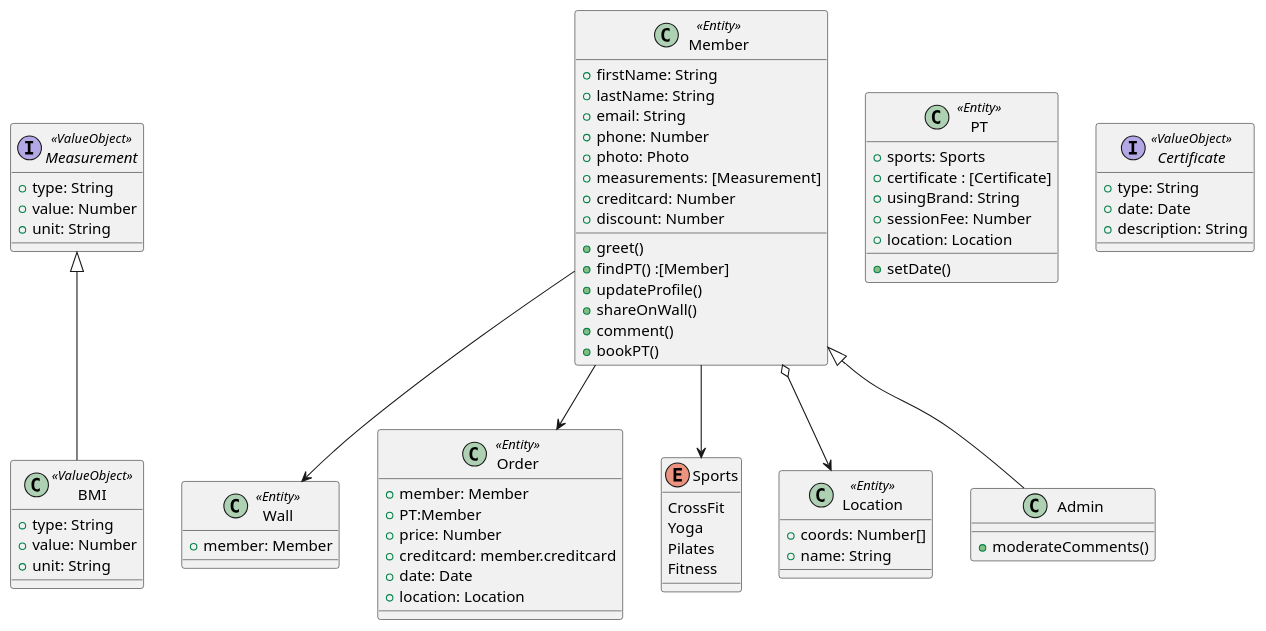
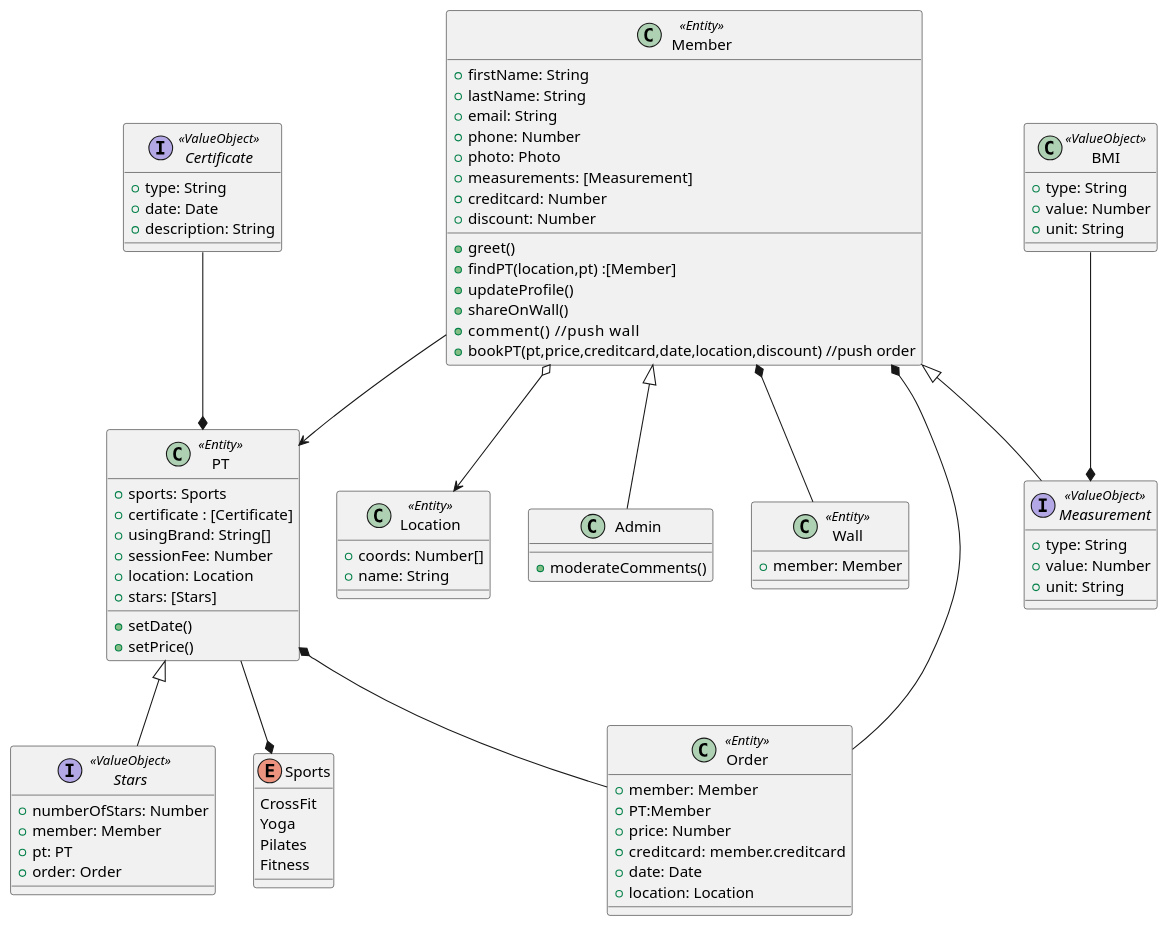
Before and after one commit to aykutmayali/js-nimble: the diagram in class-diagram.puml, drawn with PlantUML.

```diff
--- a/class-diagram.puml
+++ b/class-diagram.puml
@@ -1,78 +1,93 @@
 @startuml "Class Diagram"
 class Member <<Entity>>{
     +firstName: String
     +lastName: String
     +email: String
     +phone: Number
     +photo: Photo
     +measurements: [Measurement]
     +creditcard: Number   
     +discount: Number
     +greet() 
-    +findPT() :[Member]
+    +findPT(location,pt) :[Member]
     +updateProfile()  
     +shareOnWall()
-    +comment()    
-    +bookPT()    
+    +comment()    //push wall
+    +bookPT(pt,price,creditcard,date,location,discount) //push order   
 }
+
 class PT<<Entity>>{
     +sports: Sports
     +certificate : [Certificate]
-    +usingBrand: String
+    +usingBrand: String[]
     +sessionFee: Number
     +location: Location
+    +stars: [Stars]
     +setDate()
+    +setPrice()
+
 }
 
 class Wall<<Entity>>{
     +member: Member
 }
 class Order<<Entity>>{
     +member: Member
     +PT:Member
     +price: Number
     +creditcard: member.creditcard
     +date: Date
     +location: Location
 }
 interface Measurement <<ValueObject>>{
     +type: String
     +value: Number
     +unit: String
 }
 class BMI <<ValueObject>> {
     +type: String
     +value: Number
     +unit: String
+}
+interface Stars<<ValueObject>>{
+    +numberOfStars: Number
+    +member: Member
+    +pt: PT
+    +order: Order
 }
 
 interface Certificate <<ValueObject>>{
     +type: String
     +date: Date 
     +description: String 
 }
 
 enum Sports{
     CrossFit
     Yoga
     Pilates
     Fitness
 }
 
 class Location<<Entity>> {
     +coords: Number[]
     +name: String
 }
 
 class Admin {
     +moderateComments()
 }
 
 Admin -up-|> Member
-BMI -up-|> Measurement
+BMI --* Measurement
+Measurement -up-|> Member
+Certificate --* PT
+Stars -up-|> PT
 Member o--> Location
-Member --> Sports
-Member --> Wall
-Member -->Order
+Member --> PT
+Member *-- Wall
+Member *-- Order
+PT *-- Order
+PT --* Sports
 
 @enduml
```
